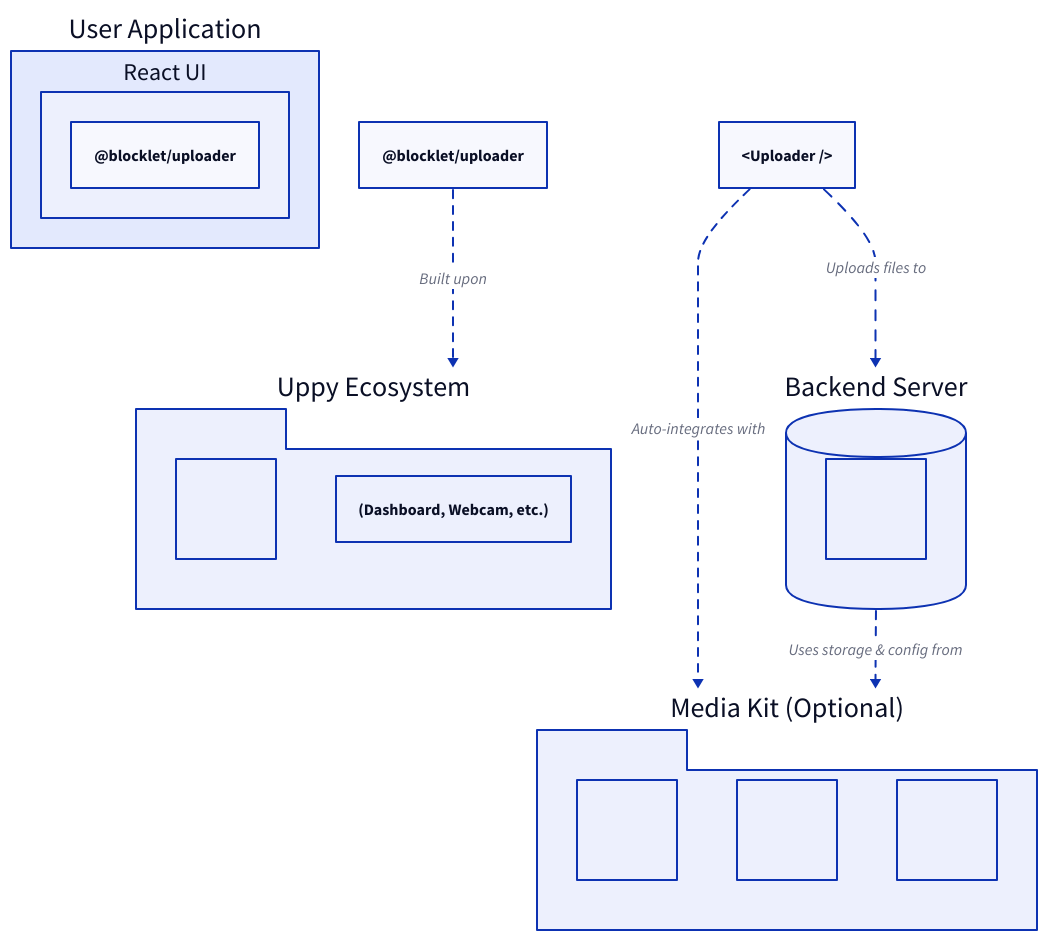
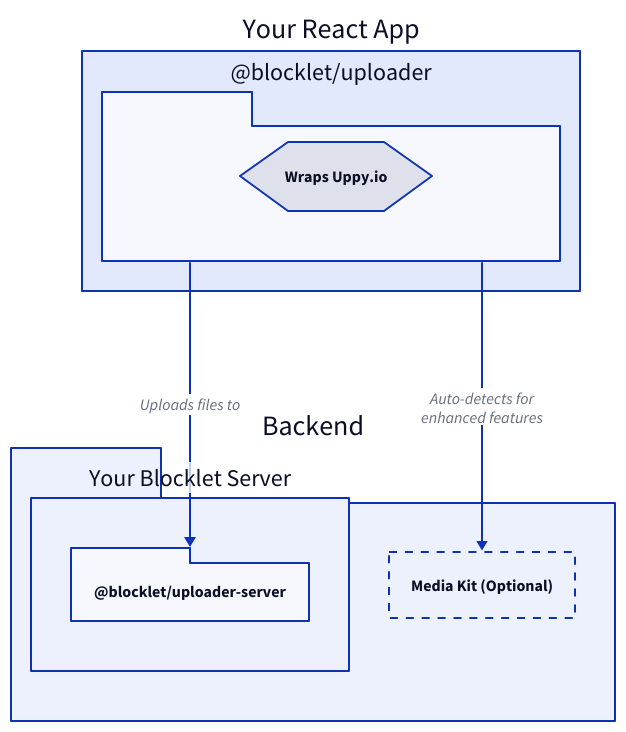
The diagram in .aigne/doc-smith/docs/concepts.md (blocklet/media-kit), drawn with D2 before and after one commit. The commit also changed other lines of this file and 26 other files, not shown here.

````diff
--- a/.aigne/doc-smith/docs/concepts.md
+++ b/.aigne/doc-smith/docs/concepts.md
@@ -7,51 +7,44 @@
 ```d2
 direction: down
 
-"User Application": {
+"Your-React-App": {
+  label: "Your React App"
   shape: rectangle
-  "React UI": {
-    "<Uploader />": {
-      label: "@blocklet/uploader"
+
+  uploader: {
+    label: "@blocklet/uploader"
+    shape: package
+
+    "uppy-core": {
+      label: "Wraps Uppy.io"
+      shape: hexagon
     }
   }
 }
 
-"@blocklet/uploader" -> "Uppy Ecosystem": {
-  label: "Built upon"
-  style.stroke-dash: 4
+"Backend": {
+  shape: package
+
+  "Your-Blocklet-Server": {
+    label: "Your Blocklet Server"
+    shape: rectangle
+
+    "uploader-server": {
+      label: "@blocklet/uploader-server"
+      shape: package
+    }
+  }
+
+  "Media-Kit": {
+    label: "Media Kit (Optional)"
+    shape: rectangle
+    style: {
+      stroke-dash: 4
+    }
+  }
 }
 
-"Uppy Ecosystem": {
-  shape: package
-  "Uppy Core": ""
-  "Uppy Plugins": "(Dashboard, Webcam, etc.)"
-}
 
-"<Uploader />" -> "Backend Server": {
-  label: "Uploads files to"
-  style.animated: true
-}
-
-"Backend Server": {
-  shape: cylinder
-  "@blocklet/uploader-server": ""
-}
-
-"<Uploader />" -> "Media Kit": {
-  label: "Auto-integrates with"
-  style.stroke-dash: 4
-}
-
-"Backend Server" -> "Media Kit": {
-  label: "Uses storage & config from"
-  style.stroke-dash: 4
-}
-
-"Media Kit": {
-  shape: package
-  label: "Media Kit (Optional)"
-  "Centralized Config": ""
-  "Shared Storage": ""
-  "Asset Management": ""
-}
+"Your-React-App".uploader -> "Backend"."Your-Blocklet-Server"."uploader-server": "Uploads files to"
+"Your-React-App".uploader -> "Backend"."Media-Kit": "Auto-detects for\nenhanced features"
 ```
````
